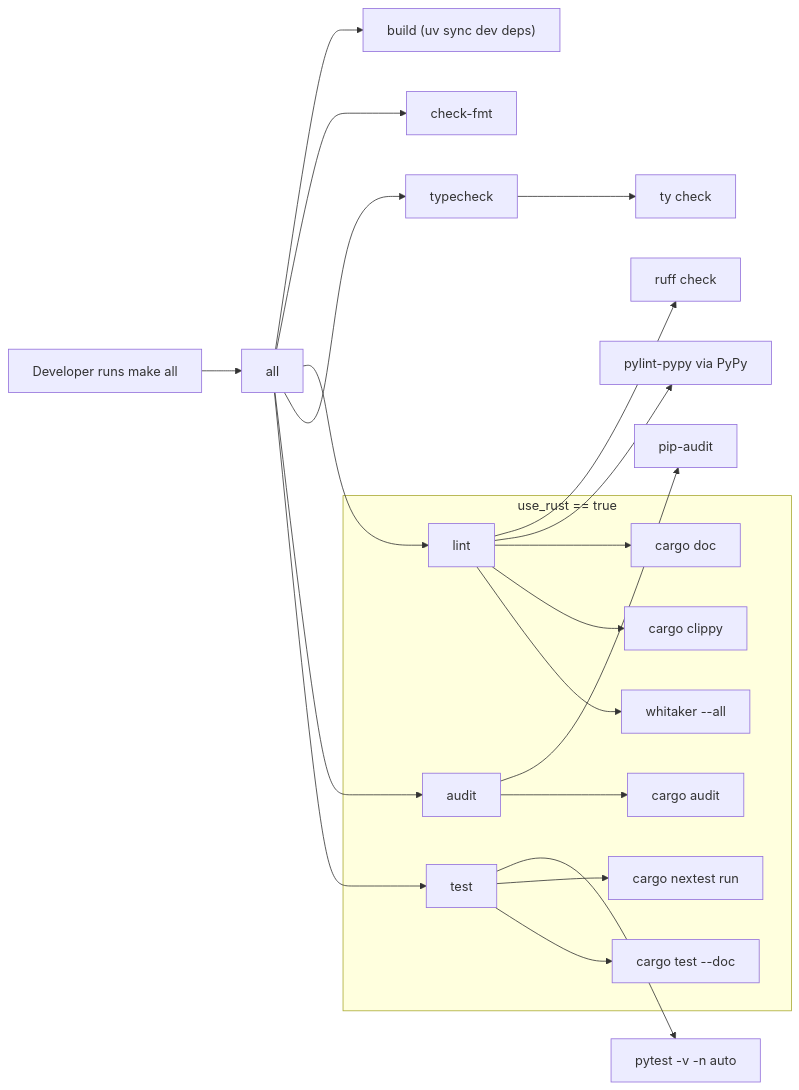
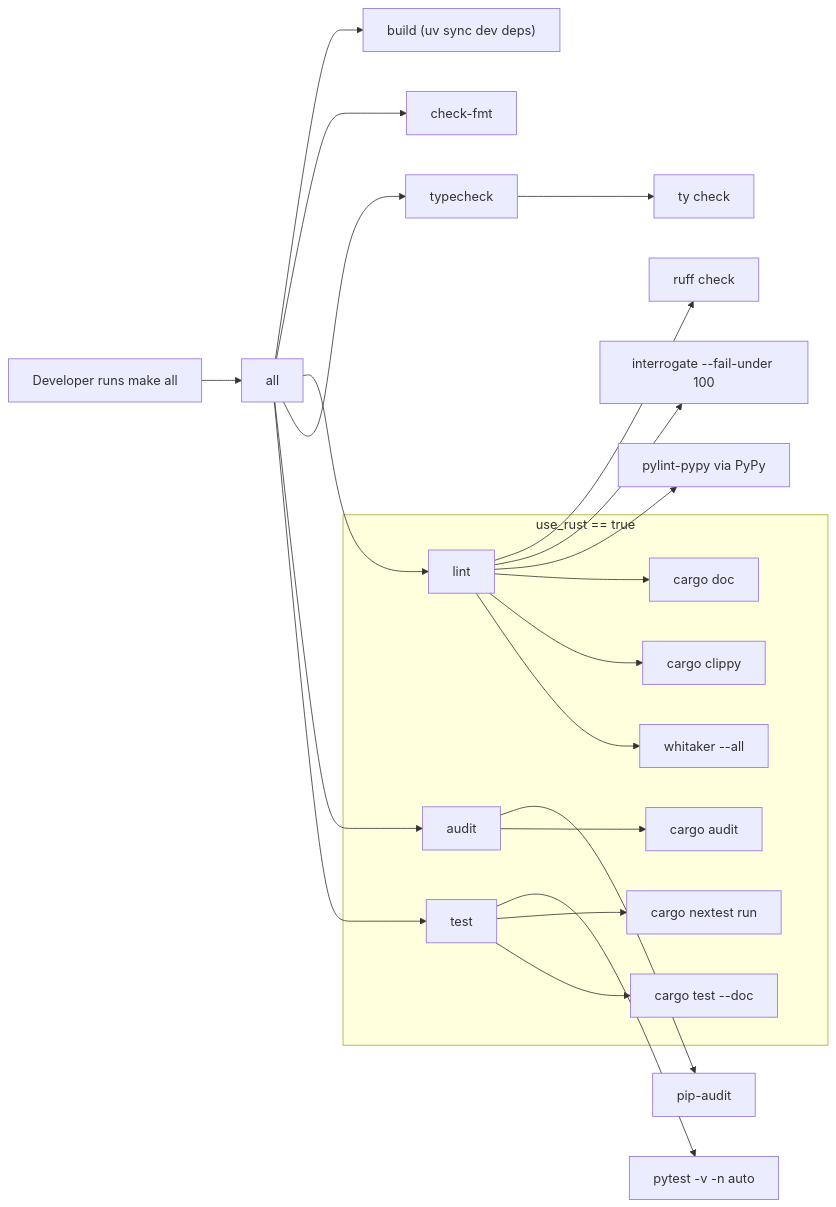
Before and after one commit to leynos/agent-template-python: the diagram in README.md, drawn with Mermaid. The commit also changed other lines of this file and 16 other files, not shown here.

````diff
--- a/README.md
+++ b/README.md
@@ -46,25 +49,26 @@
 ```mermaid
 flowchart LR
     Dev[Developer runs make all] --> All[all]
     All --> Build["build (uv sync dev deps)"]
     All --> CheckFmt[check-fmt]
     All --> Lint[lint]
     All --> Typecheck[typecheck]
     All --> Audit[audit]
     All --> Test[test]
 
     Lint --> RuffCheck[ruff check]
+    Lint --> Interrogate[interrogate --fail-under 100]
     Lint --> PylintPyPy[pylint-pypy via PyPy]
     Typecheck --> TyCheck[ty check]
     Audit --> PipAudit[pip-audit]
     Test --> Pytest[pytest -v -n auto]
 
     subgraph Rust_extension_enabled[use_rust == true]
         Lint --> RustDoc[cargo doc]
         Lint --> Clippy[cargo clippy]
         Lint --> Whitaker[whitaker --all]
         Audit --> CargoAudit[cargo audit]
         Test --> Nextest[cargo nextest run]
         Test --> RustDocTests[cargo test --doc]
     end
 ```
````
